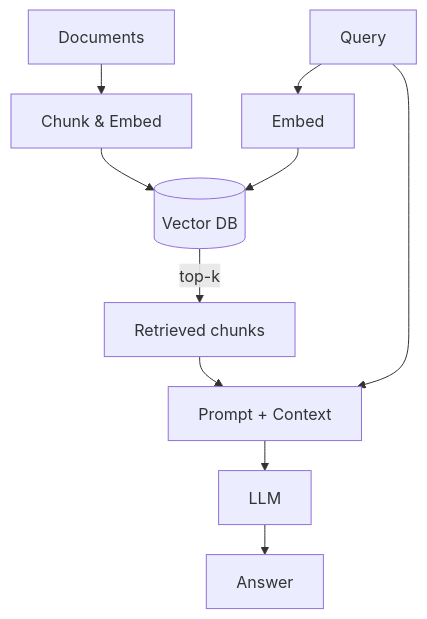
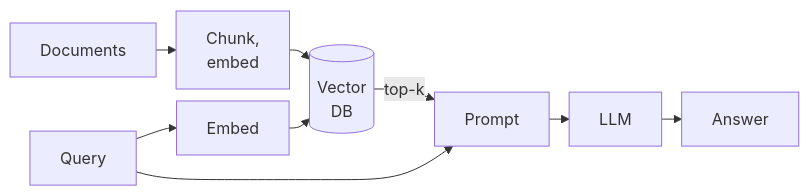
The diagram in fig/mermaid/24-llm-rag-pipeline.mmd (VadimSokolov/bayes_ai_deep_learning), drawn with Mermaid before and after one commit. The commit also changed 1241 other files, not shown here.

```diff
--- a/fig/mermaid/24-llm-rag-pipeline.mmd
+++ b/fig/mermaid/24-llm-rag-pipeline.mmd
@@ -1,11 +1,10 @@
-%%{init: {'flowchart': {'rankSpacing': 30}}}%%
-flowchart TB
-  D[Documents] --> C[Chunk & Embed]
-  C --> V[(Vector DB)]
+%%{init: {'flowchart': {'rankSpacing': 20, 'nodeSpacing': 12}}}%%
+flowchart LR
+  D[Documents] --> C["Chunk,<br>embed"]
+  C --> V[(Vector<br>DB)]
   Q[Query] --> E[Embed]
   E --> V
-  V -->|top-k| R[Retrieved chunks]
-  R --> P[Prompt + Context]
+  V -->|top-k| P["Prompt"]
   Q --> P
   P --> L[LLM]
   L --> A[Answer]
```
